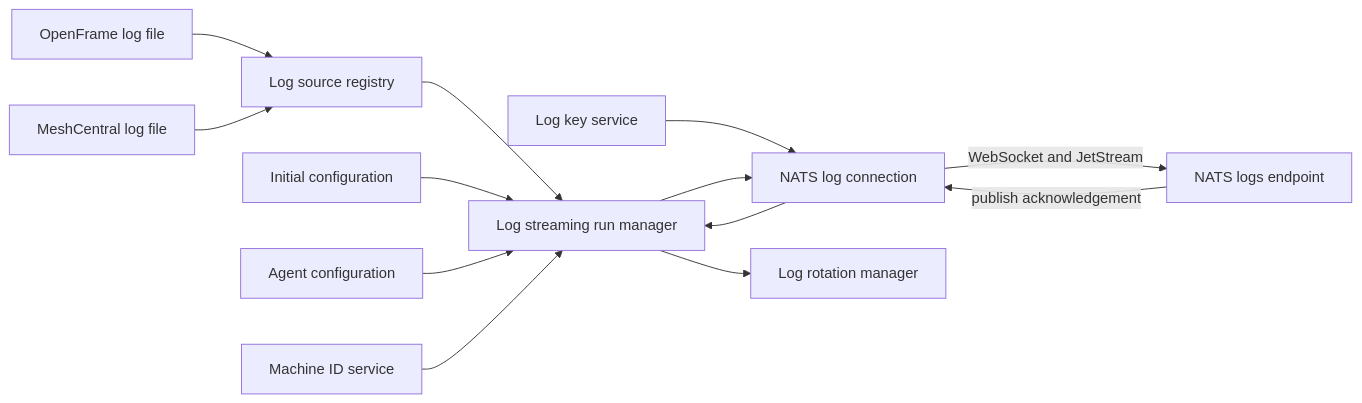
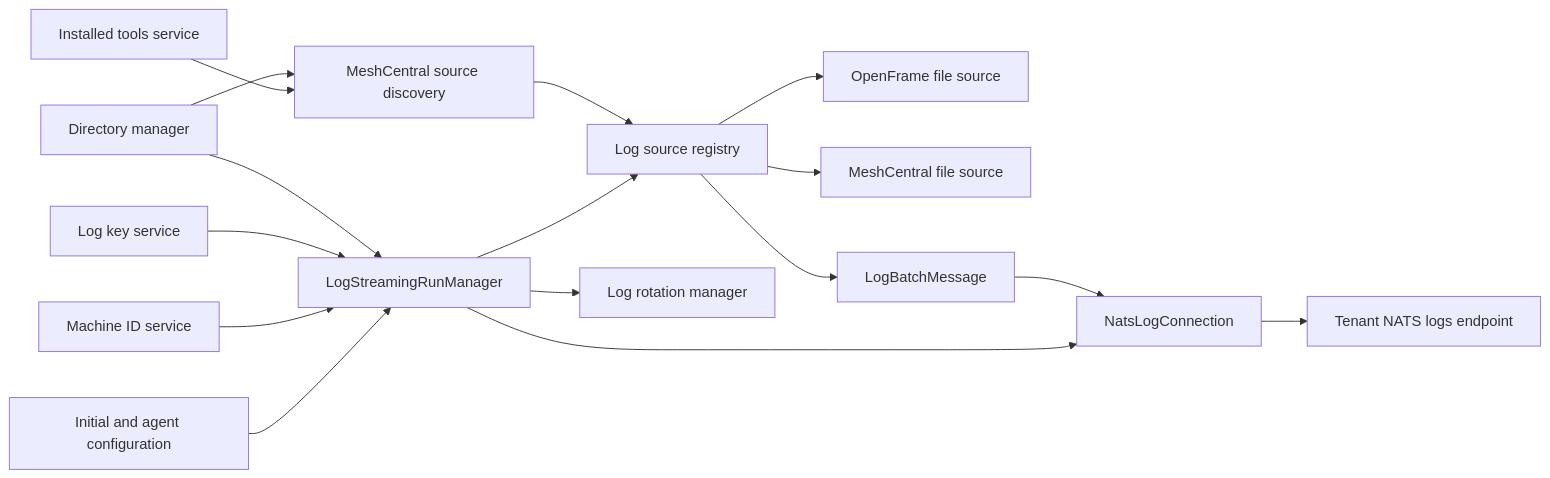
Before and after one commit to flamingo-stack/openframe-oss-tenant: the diagram in docs/diagrams/architecture/logging-nats-streaming.mmd, drawn with Mermaid. The commit also changed 2377 other files, not shown here.

```diff
--- a/docs/diagrams/architecture/logging-nats-streaming.mmd
+++ b/docs/diagrams/architecture/logging-nats-streaming.mmd
@@ -1,13 +1,16 @@
 flowchart LR
-    AgentLog["OpenFrame log file"] --> Registry["Log source registry"]
-    MeshLog["MeshCentral log file"] --> Registry
-    Registry --> Manager["Log streaming run manager"]
-    InitialConfig["Initial configuration"] --> Manager
-    AgentConfig["Agent configuration"] --> Manager
-    MachineId["Machine ID service"] --> Manager
-    LogKey["Log key service"] --> Connection["NATS log connection"]
-    Manager --> Connection
-    Connection -->|"WebSocket and JetStream"| Nats["NATS logs endpoint"]
-    Nats -->|"publish acknowledgement"| Connection
-    Connection --> Manager
+    Config["Initial and agent configuration"] --> Manager["LogStreamingRunManager"]
+    Machine["Machine ID service"] --> Manager
+    KeyService["Log key service"] --> Manager
+    Directories["Directory manager"] --> Manager
+    Tools["Installed tools service"] --> Discovery["MeshCentral source discovery"]
+    Directories --> Discovery
+    Manager --> Registry["Log source registry"]
+    Discovery --> Registry
+    Registry --> OpenFrameLog["OpenFrame file source"]
+    Registry --> MeshLog["MeshCentral file source"]
     Manager --> Rotation["Log rotation manager"]
+    Manager --> Connection["NatsLogConnection"]
+    Connection --> Endpoint["Tenant NATS logs endpoint"]
+    Registry --> Batch["LogBatchMessage"]
+    Batch --> Connection
```
